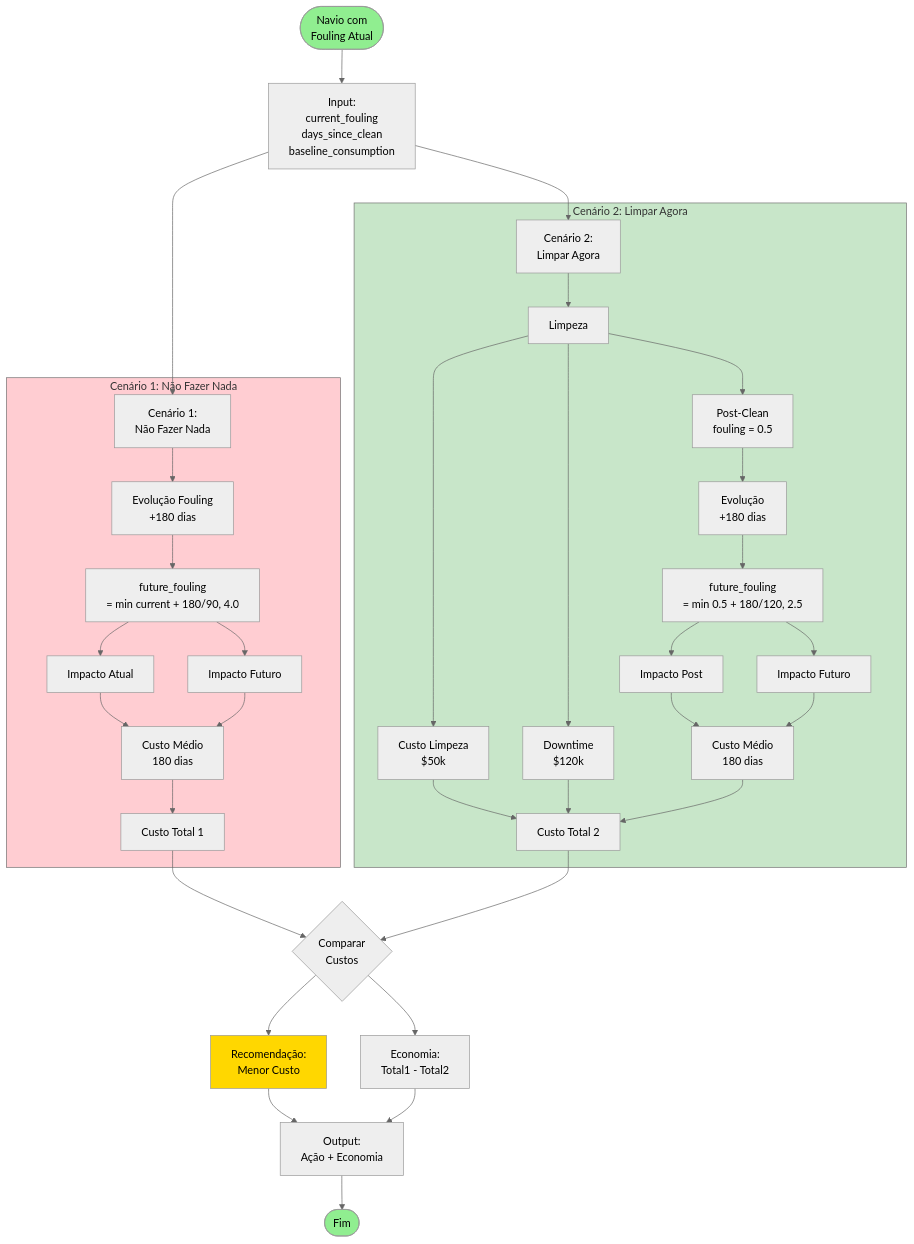
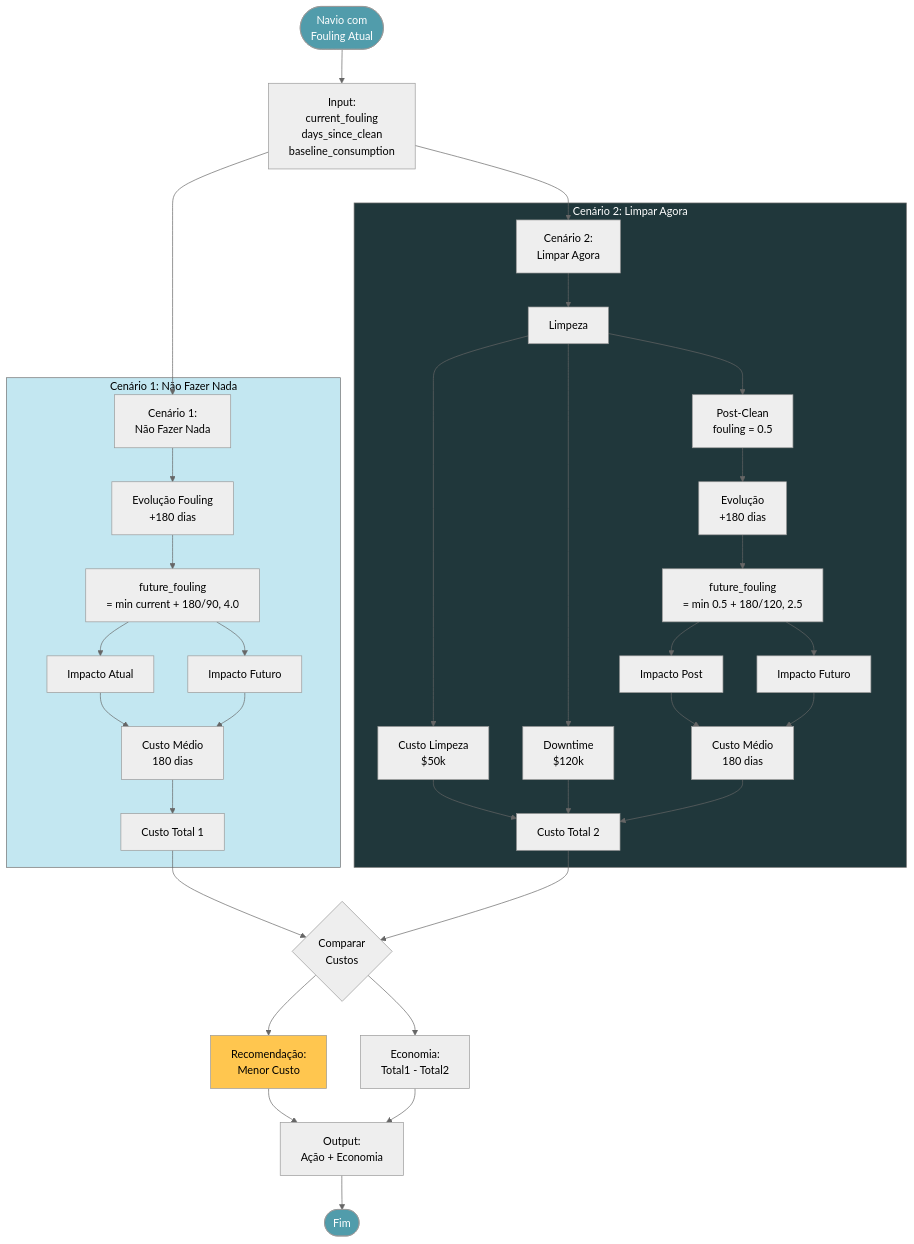
One commit to bryanjulio/nexus_transpetro changed the sixth of 9 diagrams in DIAGRAMAS.md. Above: the diagram before and after it, drawn with Mermaid (neutral theme). The commit also changed other lines of this file and 1 other file, not shown here.

Commit message:
style: Update diagram colors for improved visibility and contrast; add team member details to README

````diff
--- a/DIAGRAMAS.md
+++ b/DIAGRAMAS.md
@@ -332,50 +332,50 @@
 ```mermaid
 graph TB
     Start([Navio com<br/>Fouling Atual]) --> Input[Input:<br/>current_fouling<br/>days_since_clean<br/>baseline_consumption]
 
     Input --> Scenario1[Cenário 1:<br/>Não Fazer Nada]
     Input --> Scenario2[Cenário 2:<br/>Limpar Agora]
 
     subgraph S1["Cenário 1: Não Fazer Nada"]
         Scenario1 --> Evol1[Evolução Fouling<br/>+180 dias]
         Evol1 --> Future1[future_fouling<br/>= min current + 180/90, 4.0]
         Future1 --> Impact1[Impacto Atual]
         Future1 --> Impact2[Impacto Futuro]
         Impact1 --> Avg1[Custo Médio<br/>180 dias]
         Impact2 --> Avg1
         Avg1 --> Total1[Custo Total 1]
     end
 
     subgraph S2["Cenário 2: Limpar Agora"]
         Scenario2 --> Clean[Limpeza]
         Clean --> Cost2[Custo Limpeza<br/>$50k]
         Clean --> Down2[Downtime<br/>$120k]
         Clean --> Post[Post-Clean<br/>fouling = 0.5]
         Post --> Evol2[Evolução<br/>+180 dias]
         Evol2 --> Future2[future_fouling<br/>= min 0.5 + 180/120, 2.5]
         Future2 --> Impact3[Impacto Post]
         Future2 --> Impact4[Impacto Futuro]
         Impact3 --> Avg2[Custo Médio<br/>180 dias]
         Impact4 --> Avg2
         Cost2 --> Total2[Custo Total 2]
         Down2 --> Total2
         Avg2 --> Total2
     end
 
     Total1 --> Compare{Comparar<br/>Custos}
     Total2 --> Compare
 
     Compare --> Decision[Recomendação:<br/>Menor Custo]
     Compare --> Savings[Economia:<br/>Total1 - Total2]
 
     Decision --> Output[Output:<br/>Ação + Economia]
     Savings --> Output
 
     Output --> End([Fim])
 
-    style Start fill:#90EE90
-    style S1 fill:#FFCDD2
-    style S2 fill:#C8E6C9
-    style Decision fill:#FFD700
-    style End fill:#90EE90
+    style Start fill:#519CAB,color:#FFF
+    style S1 fill:#C3E7F1,color:#000
+    style S2 fill:#20373B,color:#FFF
+    style Decision fill:#FFC64F,color:#000
+    style End fill:#519CAB,color:#FFF
 ```
````
